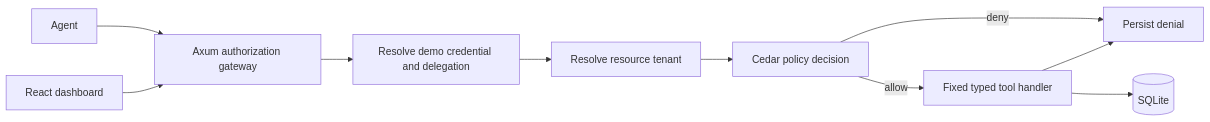
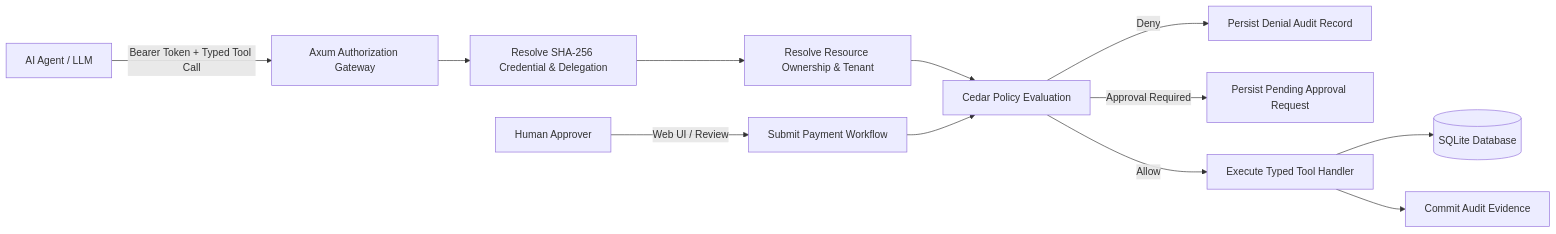
The diagram in README.md (ranajahanzaib/ai-agent-permission-enforcer), drawn with Mermaid before and after one commit. The commit also changed other lines of this file and 8 other files, not shown here.

````diff
--- a/README.md
+++ b/README.md
@@ -22,12 +35,14 @@
 ```mermaid
 flowchart LR
-  A[Agent] --> G[Axum authorization gateway]
-  G --> I[Resolve demo credential and delegation]
-  I --> R[Resolve resource tenant]
-  R --> C[Cedar policy decision]
-  C -->|deny| L[Persist denial]
-  C -->|allow| H[Fixed typed tool handler]
-  H --> D[(SQLite)]
-  H --> L
-  UI[React dashboard] --> G
+  A[AI Agent / LLM] -->|Bearer Token + Typed Tool Call| G[Axum Authorization Gateway]
+  G --> I[Resolve SHA-256 Credential & Delegation]
+  I --> R[Resolve Resource Ownership & Tenant]
+  R --> C[Cedar Policy Evaluation]
+  C -->|Deny| D[Persist Denial Audit Record]
+  C -->|Approval Required| H[Persist Pending Approval Request]
+  C -->|Allow| E[Execute Typed Tool Handler]
+  E --> S[(SQLite Database)]
+  E --> L[Commit Audit Evidence]
+  U[Human Approver] -->|Web UI / Review| AP[Submit Payment Workflow]
+  AP --> C
 ```
````
